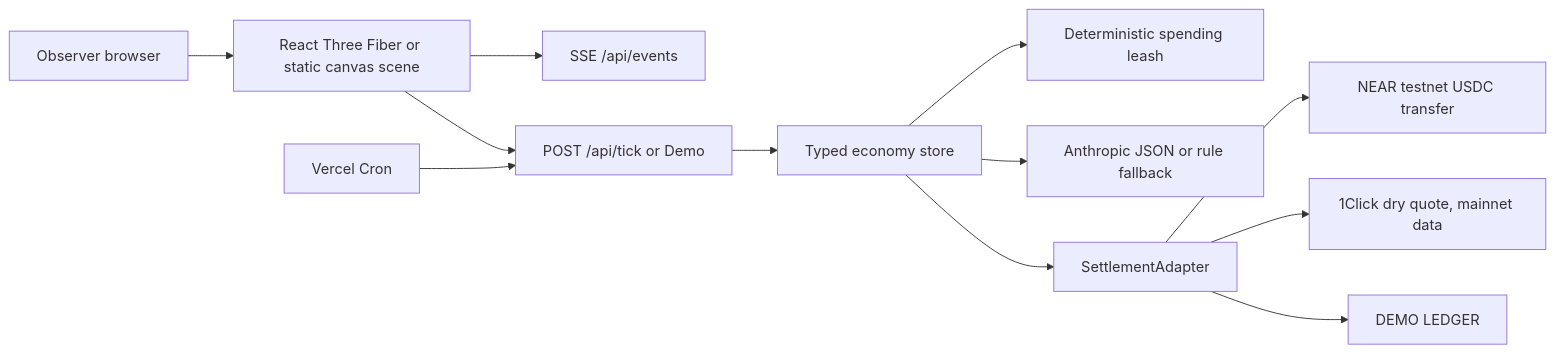
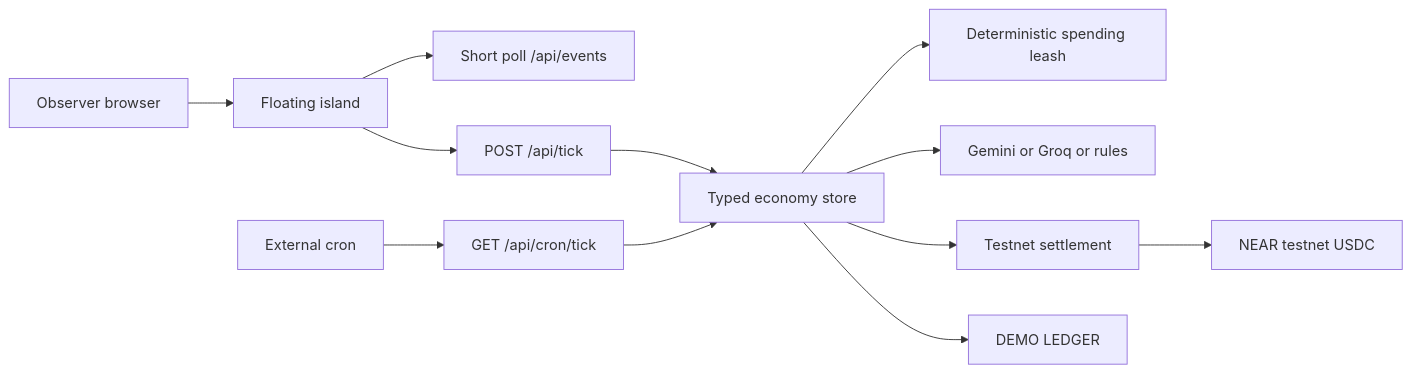
One commit to jamesonchain/Market-Day changed the diagram in README.md. Above: the diagram before and after it, drawn with Mermaid. The commit also changed other lines of this file and 1 other file, not shown here.

Commit message:
Rewrite honest demo and deployment docs

````diff
--- a/README.md
+++ b/README.md
@@ -16,14 +56,14 @@
 ```mermaid
 flowchart LR
-  Visitor[Observer browser] --> Scene[React Three Fiber or static canvas scene]
-  Scene --> Events[SSE /api/events]
-  Scene --> Tick[POST /api/tick or Demo]
-  Cron[Vercel Cron] --> Tick
+  Browser[Observer browser] --> Island[Floating island]
+  Island --> Events[Short poll /api/events]
+  Island --> Tick[POST /api/tick]
+  Cron[External cron] --> CronTick[GET /api/cron/tick]
   Tick --> Economy[Typed economy store]
+  CronTick --> Economy
   Economy --> Policy[Deterministic spending leash]
-  Economy --> Agents[Anthropic JSON or rule fallback]
-  Economy --> Settlement[SettlementAdapter]
-  Settlement --> Testnet[NEAR testnet USDC transfer]
-  Settlement --> Quote[1Click dry quote, mainnet data]
-  Settlement --> Demo[DEMO LEDGER]
+  Economy --> Brain[Gemini or Groq or rules]
+  Economy --> Settlement[Testnet settlement]
+  Settlement --> NEAR[NEAR testnet USDC]
+  Economy --> Demo[DEMO LEDGER]
 ```
````
